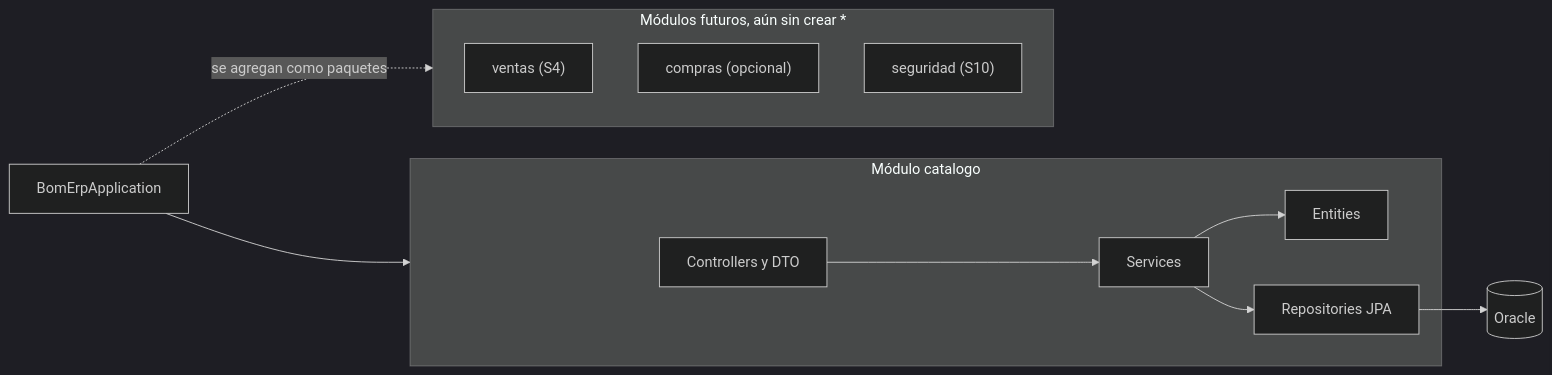
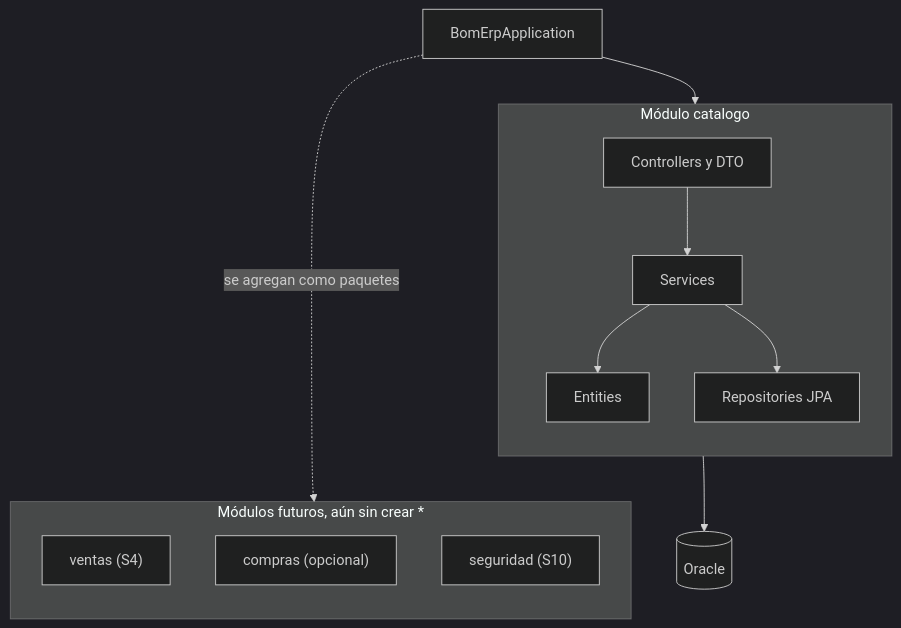
Before and after one commit to 262ciclo4/bomerp: the second of 2 diagrams in docs/lp2/sesiones/S01_Arquitectura_Backend_REST_Profesional.md, drawn with Mermaid (dark theme). The commit also changed other lines of this file, not shown here.

````diff
--- a/docs/lp2/sesiones/S01_Arquitectura_Backend_REST_Profesional.md
+++ b/docs/lp2/sesiones/S01_Arquitectura_Backend_REST_Profesional.md
@@ -80,25 +80,26 @@
 ```mermaid
-flowchart LR
+flowchart TB
     APP[BomErpApplication]
 
-    subgraph CAT[Módulo catalogo]
-        API[Controllers y DTO]
-        USE[Services]
-        DOM[Entities]
-        INF[Repositories JPA]
-        API --> USE
-        USE --> DOM
-        USE --> INF
+    subgraph CAT["Módulo catalogo"]
+        direction TB
+        API[Controllers y DTO] --> USE[Services]
+        USE --> DOM[Entities]
+        USE --> INF[Repositories JPA]
     end
 
     subgraph FUTUROS["Módulos futuros, aún sin crear *"]
+        direction TB
         VEN["ventas (S4)"]
         COM["compras (opcional)"]
         SEG["seguridad (S10)"]
     end
 
     DB[(Oracle)]
+
     APP --> CAT
-    APP -. se agregan como paquetes .-> FUTUROS
+    APP -.->|se agregan como paquetes| FUTUROS
     INF --> DB
+
+    CAT ~~~ FUTUROS
 ```
````
